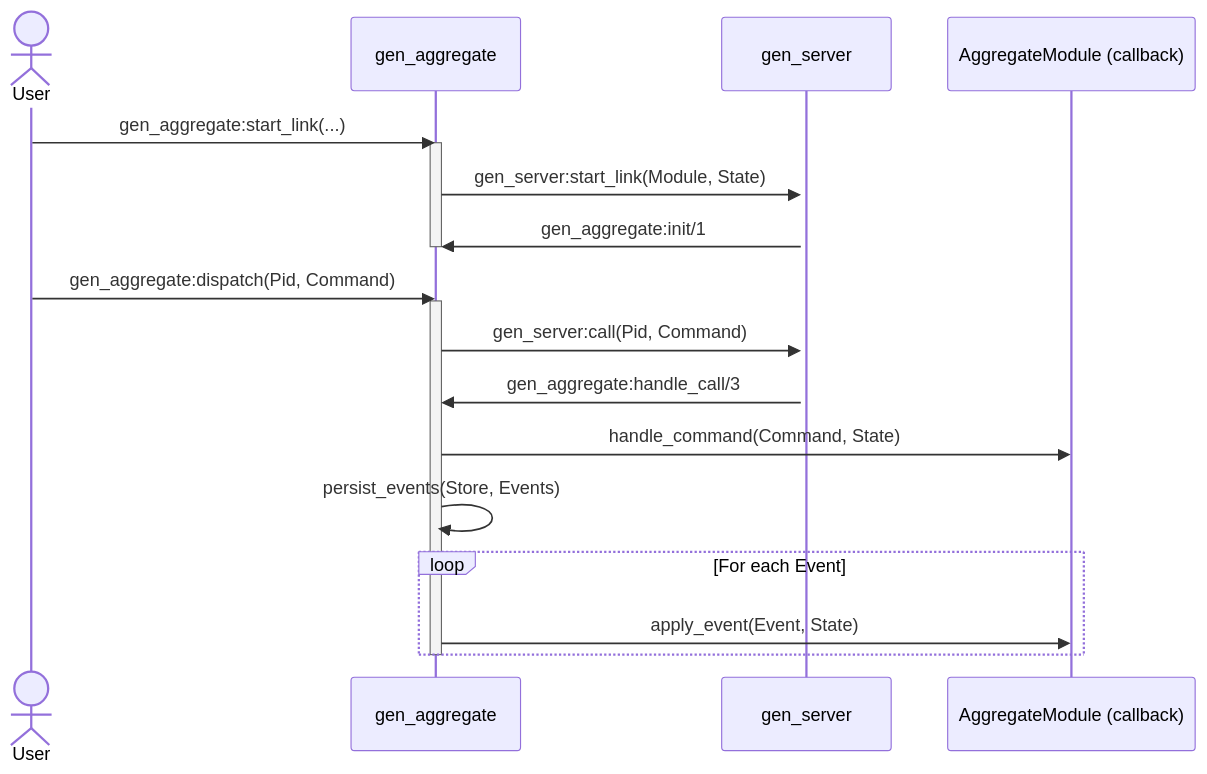
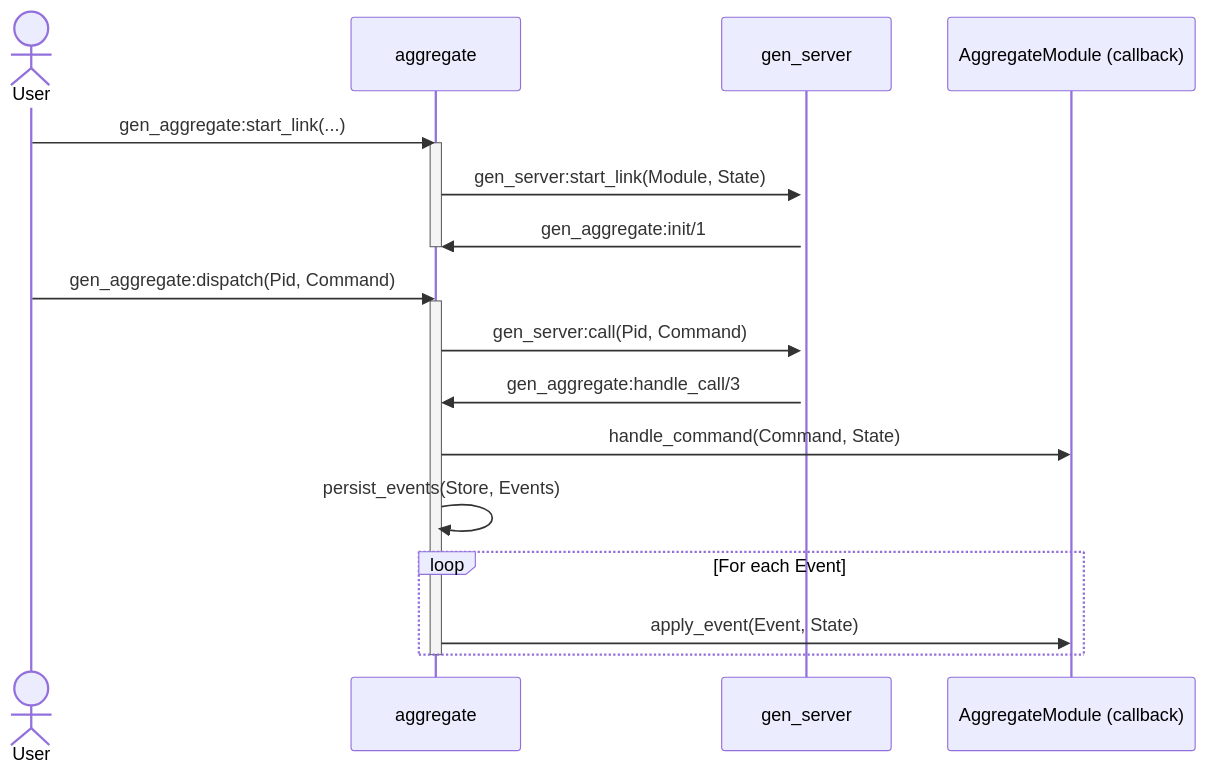
The diagram in README.md (ccamel/erlang-event-sourcing-xp), drawn with Mermaid before and after one commit. The commit also changed other lines of this file, not shown here.

````diff
--- a/README.md
+++ b/README.md
@@ -80,26 +81,26 @@
 ```mermaid
 sequenceDiagram
     actor User
-    participant GenAggregate as gen_aggregate
+    participant GenAggregate as aggregate
     participant GenServer as gen_server
     participant DomainModule as AggregateModule (callback)
 
     User ->> GenAggregate: gen_aggregate:start_link(...)
     activate GenAggregate
     GenAggregate ->>+ GenServer: gen_server:start_link(Module, State)
     GenServer ->> GenAggregate: gen_aggregate:init/1
     deactivate GenAggregate
 
     User ->> GenAggregate: gen_aggregate:dispatch(Pid, Command)
     activate GenAggregate
     GenAggregate ->> GenServer: gen_server:call(Pid, Command)
     GenServer ->> GenAggregate: gen_aggregate:handle_call/3
 
     GenAggregate ->> DomainModule: handle_command(Command, State)
     GenAggregate ->> GenAggregate: persist_events(Store, Events)
 
     loop For each Event
         GenAggregate ->> DomainModule: apply_event(Event, State)
     end
     deactivate GenAggregate
 ```
````
